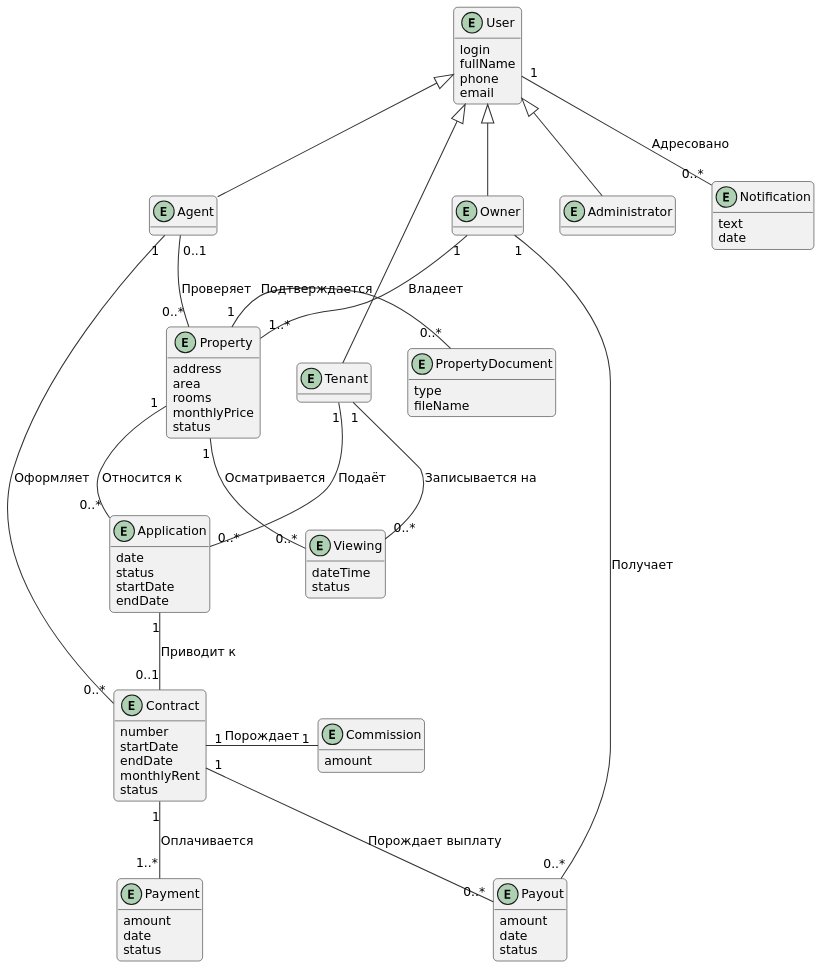
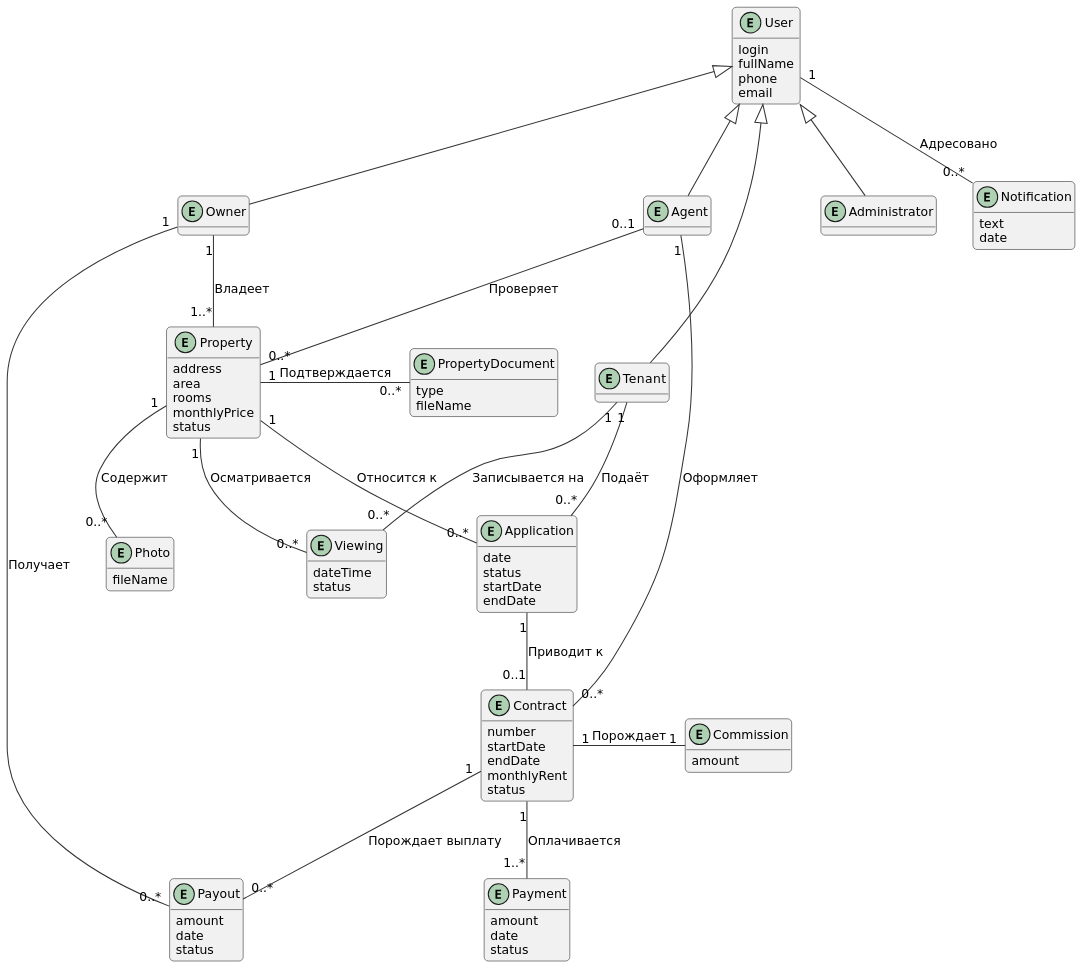
One commit to penamarth/bsbo-11-24_team2_var8_rentagency changed the diagram in Модель предметной области.md. Above: the diagram before and after it, drawn with PlantUML. The commit also changed other lines of this file and 1 other file, not shown here.

Commit message:
обновил МОА и добавил диаграмму классов

```diff
--- a/Модель предметной области.md
+++ b/Модель предметной области.md
@@ -72,6 +71,9 @@
     rooms
     monthlyPrice
     status
+}
+entity Photo {
+    fileName
 }
 entity PropertyDocument {
     type
@@ -119,6 +121,7 @@
 
 Owner "1" -down- "1..*" Property : Владеет
 Property "1" -right- "0..*" PropertyDocument : Подтверждается
+Property "1" -down- "0..*" Photo : Содержит
 Agent "0..1" -down- "0..*" Property : Проверяет
 Tenant "1" -down- "0..*" Application : Подаёт
 Application "0..*" -up- "1" Property : Относится к
```
